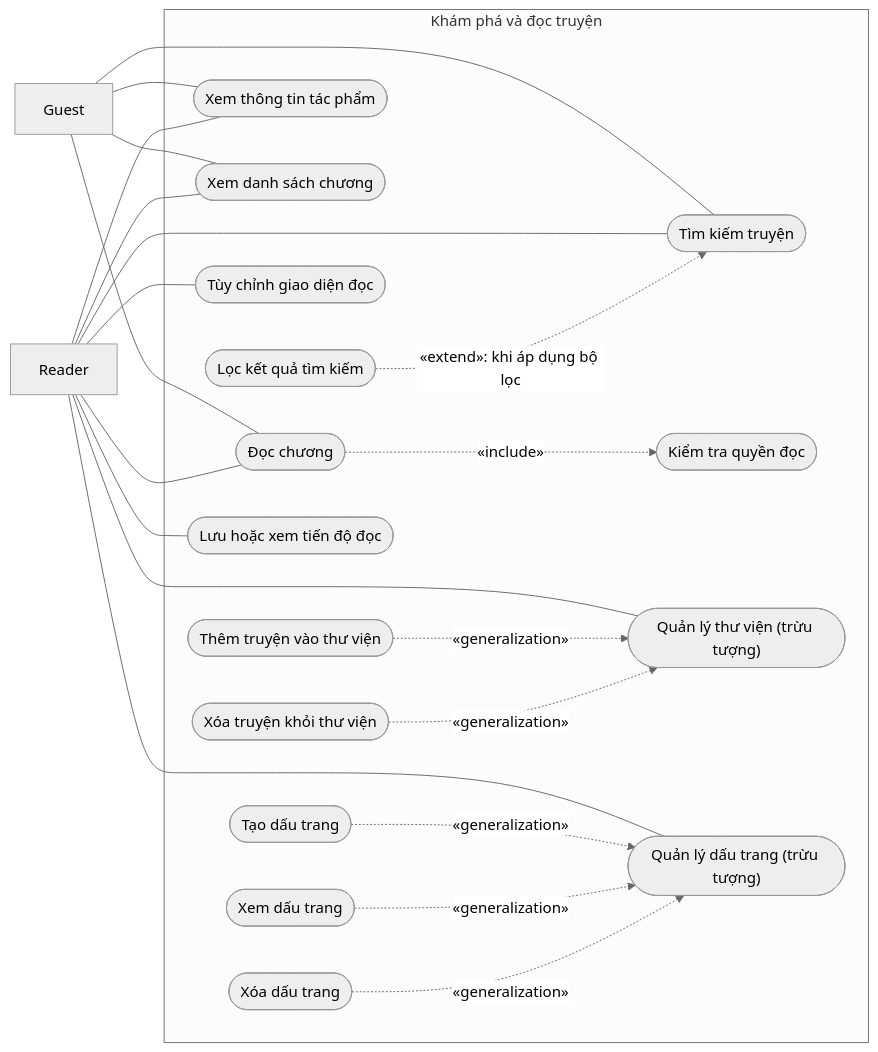
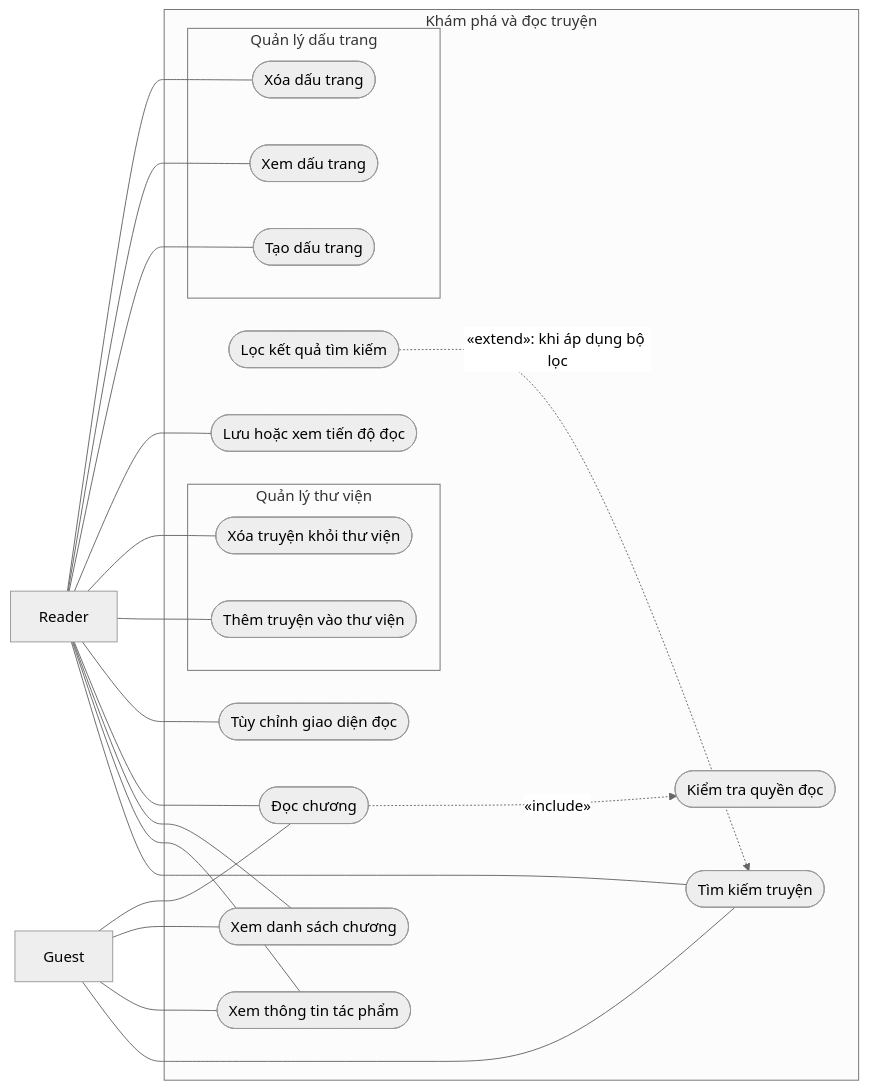
One commit to Ephurin/Novel_sharing_platform changed the third of 25 diagrams in docs/BAO_CAO_CHUONG_3.md. Above: the diagram before and after it, drawn with Mermaid (neutral theme). The commit also changed other lines of this file, not shown here.

Commit message:
docs: remove generalization from Chapter 3 use case diagrams

````diff
--- a/docs/BAO_CAO_CHUONG_3.md
+++ b/docs/BAO_CAO_CHUONG_3.md
@@ -154,41 +154,41 @@
 ```mermaid
 flowchart LR
     G["Guest"]
     R["Reader"]
     subgraph SYS["Khám phá và đọc truyện"]
         U1(["Tìm kiếm truyện"])
         U2(["Lọc kết quả tìm kiếm"])
         U3(["Xem thông tin tác phẩm"])
         U4(["Xem danh sách chương"])
         U5(["Đọc chương"])
         U6(["Kiểm tra quyền đọc"])
         U7(["Tùy chỉnh giao diện đọc"])
-        U8(["Quản lý thư viện (trừu tượng)"])
-        U9(["Thêm truyện vào thư viện"])
-        U10(["Xóa truyện khỏi thư viện"])
         U11(["Lưu hoặc xem tiến độ đọc"])
-        U12(["Quản lý dấu trang (trừu tượng)"])
-        U13(["Tạo dấu trang"])
-        U14(["Xem dấu trang"])
-        U15(["Xóa dấu trang"])
+        subgraph G3_1["Quản lý thư viện"]
+            U9(["Thêm truyện vào thư viện"])
+            U10(["Xóa truyện khỏi thư viện"])
+        end
+        subgraph G3_2["Quản lý dấu trang"]
+            U13(["Tạo dấu trang"])
+            U14(["Xem dấu trang"])
+            U15(["Xóa dấu trang"])
+        end
     end
     G --- U1
     R --- U1
     G --- U3
     R --- U3
     G --- U4
     R --- U4
     G --- U5
     R --- U5
     R --- U7
-    R --- U8
+    R --- U9
+    R --- U10
     R --- U11
-    R --- U12
+    R --- U13
+    R --- U14
+    R --- U15
     U2 -.->|"«extend»: khi áp dụng bộ lọc"| U1
     U5 -.->|"«include»"| U6
-    U9 -.->|"«generalization»"| U8
-    U10 -.->|"«generalization»"| U8
-    U13 -.->|"«generalization»"| U12
-    U14 -.->|"«generalization»"| U12
-    U15 -.->|"«generalization»"| U12
 ```
````
